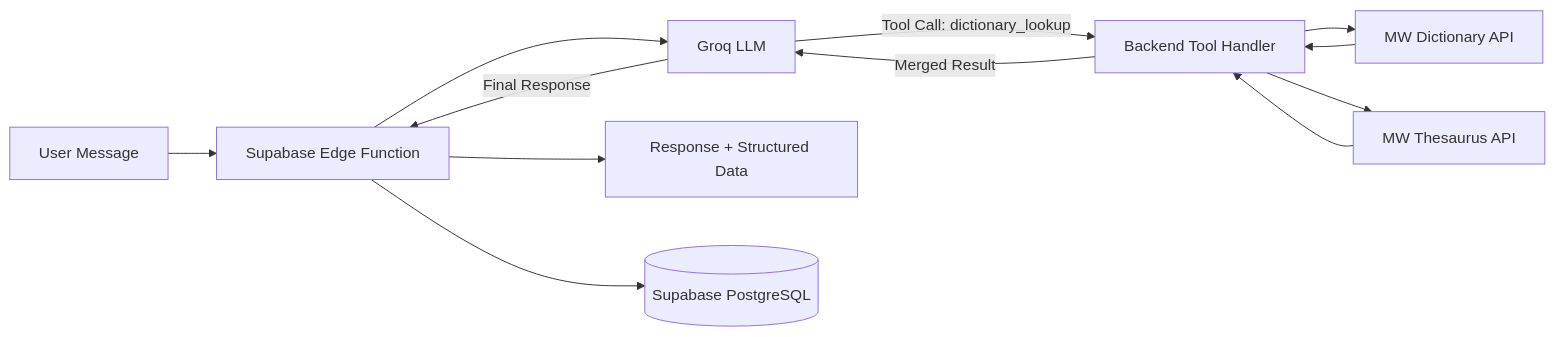
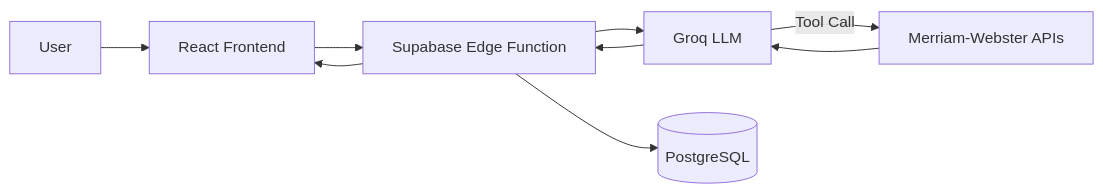
One commit to MSameer7-tech/Lexi-Agent changed the diagram in README.md. Above: the diagram before and after it, drawn with Mermaid. The commit also changed other lines of this file and 4 other files, not shown here.

````diff
--- a/README.md
+++ b/README.md
@@ -71,14 +56,11 @@
 ```mermaid
 flowchart LR
-    A["User Message"] --> B["Supabase Edge Function"]
-    B --> C["Groq LLM"]
-    C -->|"Tool Call: dictionary_lookup"| D["Backend Tool Handler"]
-    D --> E["MW Dictionary API"]
-    D --> F["MW Thesaurus API"]
+    A["User"] --> B["React Frontend"]
+    B --> C["Supabase Edge Function"]
+    C --> D["Groq LLM"]
+    D -->|"Tool Call"| E["Merriam-Webster APIs"]
     E --> D
-    F --> D
-    D -->|"Merged Result"| C
-    C -->|"Final Response"| B
-    B --> G["Response + Structured Data"]
-    B --> H[("Supabase PostgreSQL")]
+    D --> C
+    C --> F[("PostgreSQL")]
+    C --> B
 ```
````
